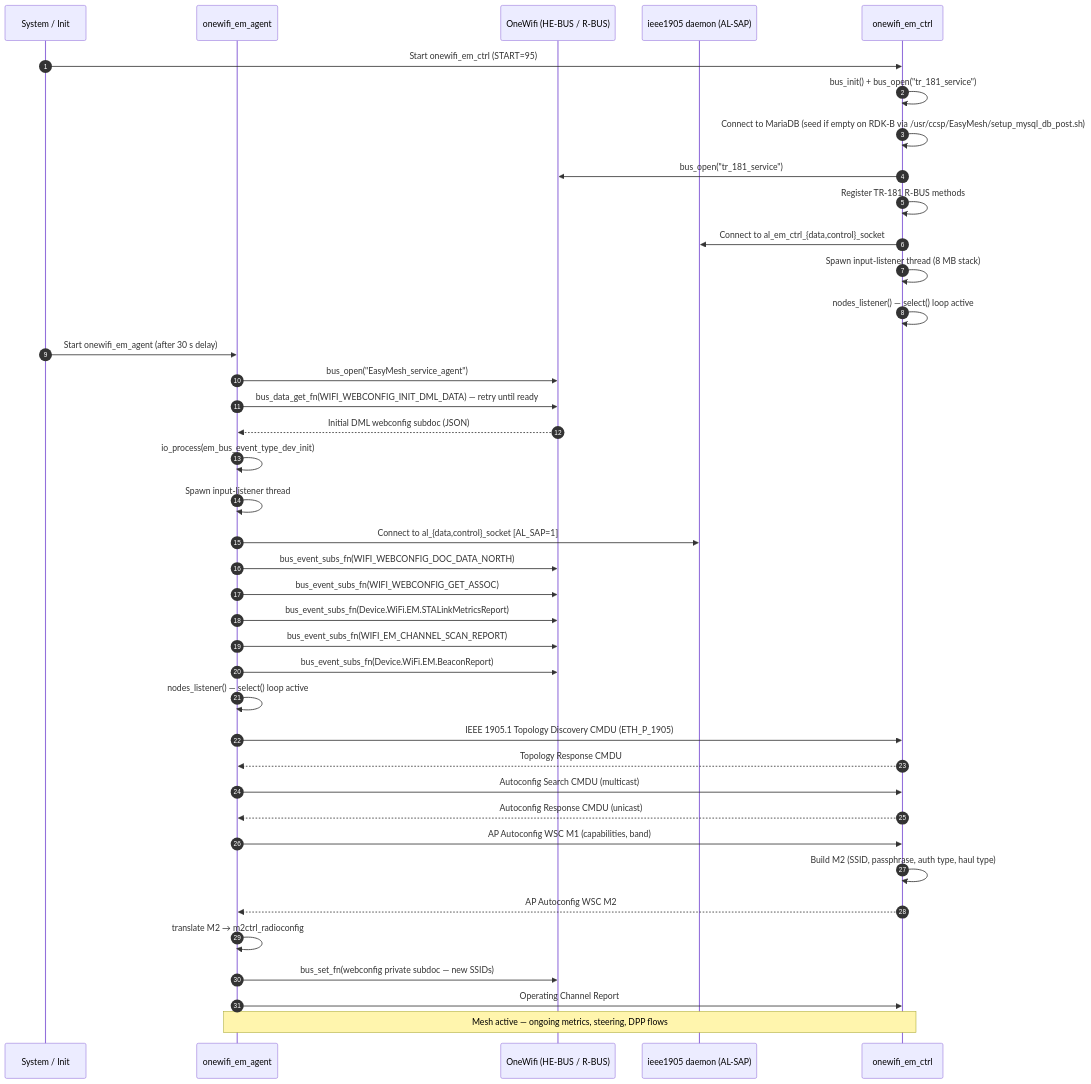
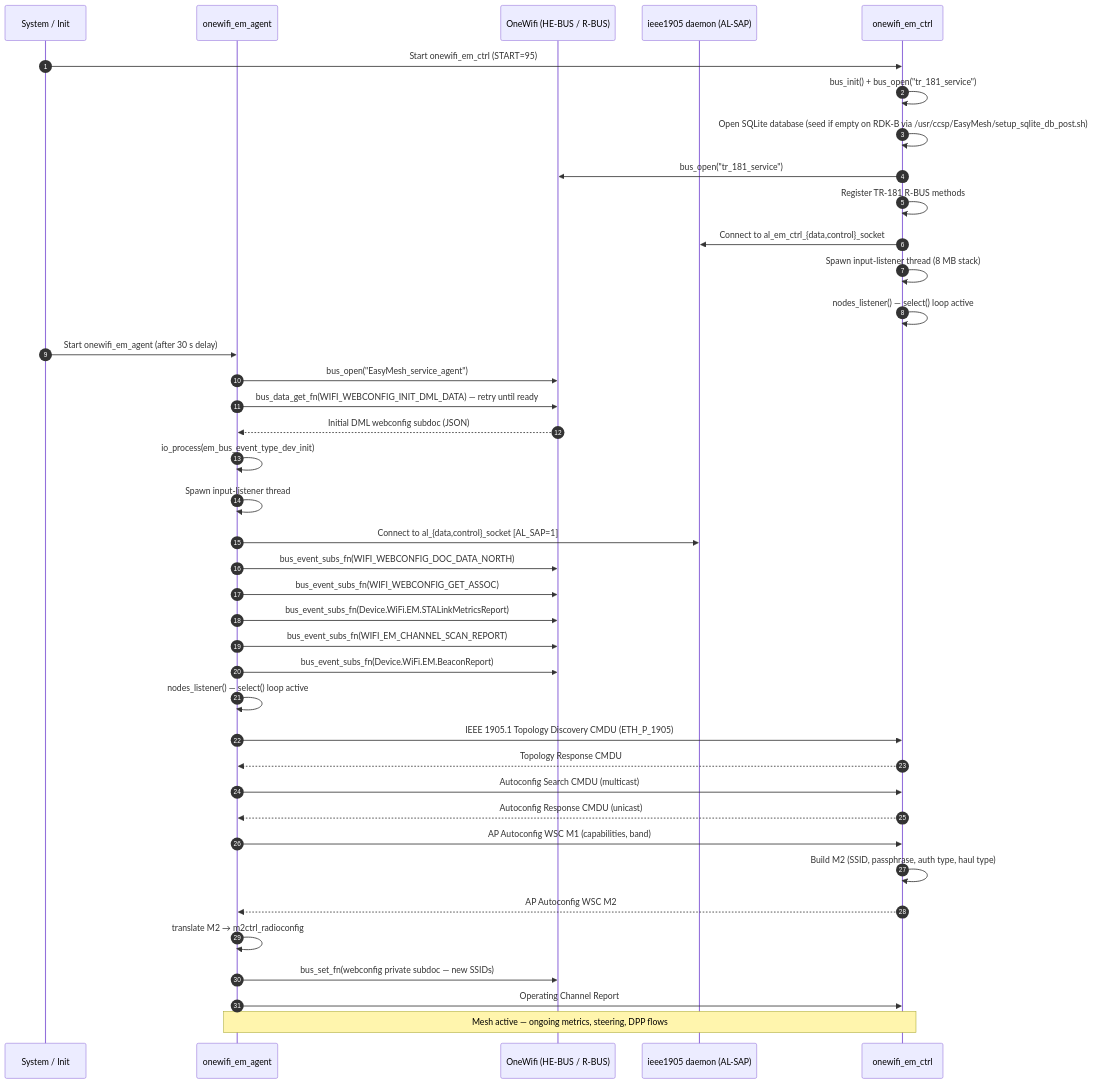
Before and after one commit to rdkcentral/unified-wifi-mesh: the third of 17 diagrams in docs/README.md, drawn with Mermaid. The commit also changed other lines of this file, not shown here.

````diff
--- a/docs/README.md
+++ b/docs/README.md
@@ -184,43 +184,43 @@
 ```mermaid
 sequenceDiagram
     autonumber
     participant Sys as System / Init
     participant Agent as onewifi_em_agent
     participant OW as OneWifi (HE-BUS / R-BUS)
     participant ALSAP as ieee1905 daemon (AL-SAP)
     participant Ctrl as onewifi_em_ctrl
 
     Sys->>Ctrl: Start onewifi_em_ctrl (START=95)
     Ctrl->>Ctrl: bus_init() + bus_open("tr_181_service")
-    Ctrl->>Ctrl: Connect to MariaDB (seed if empty on RDK-B via /usr/ccsp/EasyMesh/setup_mysql_db_post.sh)
+    Ctrl->>Ctrl: Open SQLite database (seed if empty on RDK-B via /usr/ccsp/EasyMesh/setup_sqlite_db_post.sh)
     Ctrl->>OW: bus_open("tr_181_service")
     Ctrl->>Ctrl: Register TR-181 R-BUS methods
     Ctrl->>ALSAP: Connect to al_em_ctrl_{data,control}_socket
     Ctrl->>Ctrl: Spawn input-listener thread (8 MB stack)
     Ctrl->>Ctrl: nodes_listener() — select() loop active
 
     Sys->>Agent: Start onewifi_em_agent (after 30 s delay)
     Agent->>OW: bus_open("EasyMesh_service_agent")
     Agent->>OW: bus_data_get_fn(WIFI_WEBCONFIG_INIT_DML_DATA) — retry until ready
     OW-->>Agent: Initial DML webconfig subdoc (JSON)
     Agent->>Agent: io_process(em_bus_event_type_dev_init)
     Agent->>Agent: Spawn input-listener thread
     Agent->>ALSAP: Connect to al_{data,control}_socket [AL_SAP=1]
     Agent->>OW: bus_event_subs_fn(WIFI_WEBCONFIG_DOC_DATA_NORTH)
     Agent->>OW: bus_event_subs_fn(WIFI_WEBCONFIG_GET_ASSOC)
     Agent->>OW: bus_event_subs_fn(Device.WiFi.EM.STALinkMetricsReport)
     Agent->>OW: bus_event_subs_fn(WIFI_EM_CHANNEL_SCAN_REPORT)
     Agent->>OW: bus_event_subs_fn(Device.WiFi.EM.BeaconReport)
     Agent->>Agent: nodes_listener() — select() loop active
     Agent->>Ctrl: IEEE 1905.1 Topology Discovery CMDU (ETH_P_1905)
     Ctrl-->>Agent: Topology Response CMDU
     Agent->>Ctrl: Autoconfig Search CMDU (multicast)
     Ctrl-->>Agent: Autoconfig Response CMDU (unicast)
     Agent->>Ctrl: AP Autoconfig WSC M1 (capabilities, band)
     Ctrl->>Ctrl: Build M2 (SSID, passphrase, auth type, haul type)
     Ctrl-->>Agent: AP Autoconfig WSC M2
     Agent->>Agent: translate M2 → m2ctrl_radioconfig
     Agent->>OW: bus_set_fn(webconfig private subdoc — new SSIDs)
     Agent->>Ctrl: Operating Channel Report
     Note over Agent,Ctrl: Mesh active — ongoing metrics, steering, DPP flows
 ```
````
